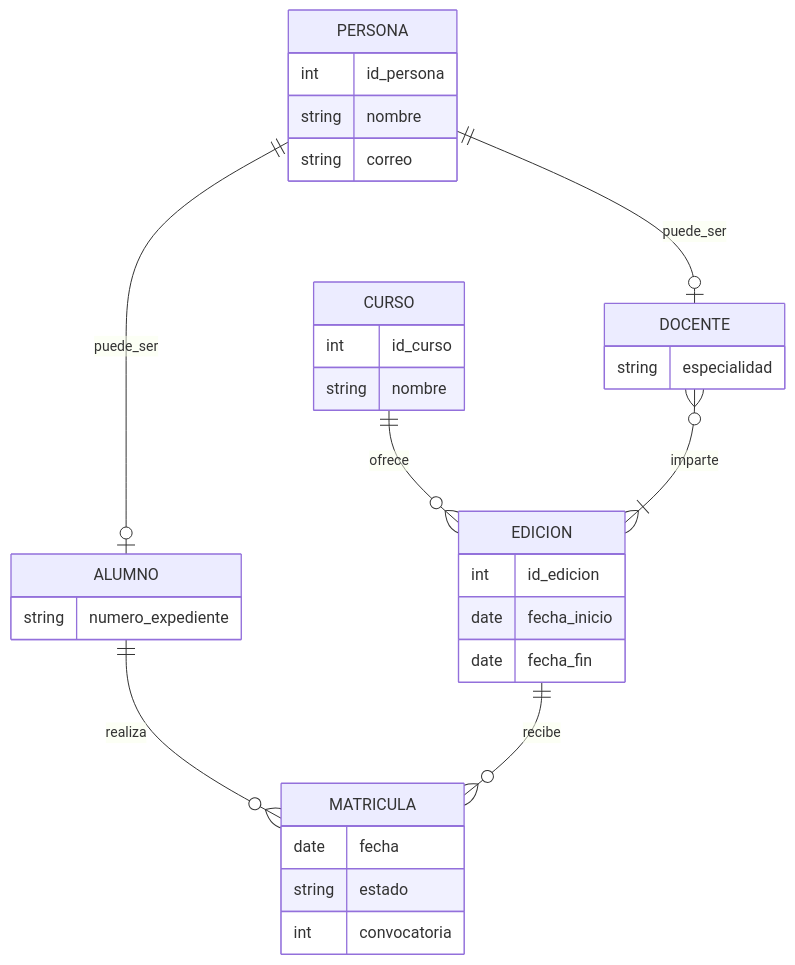
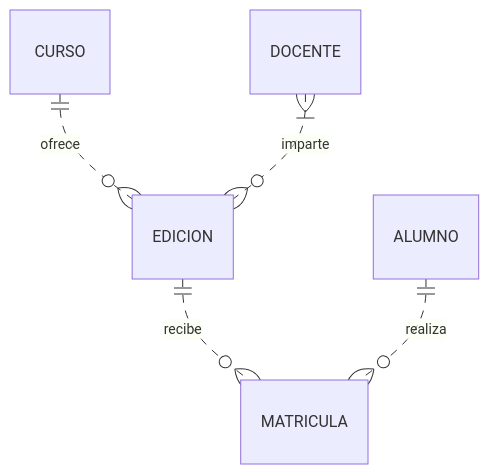
Before and after one commit to sperrodj/BAE: the fourth of 4 diagrams in Tema 2/apuntes.md, drawn with Mermaid. The commit also changed other lines of this file, not shown here.

````diff
--- a/Tema 2/apuntes.md
+++ b/Tema 2/apuntes.md
@@ -632,35 +701,8 @@
 ```mermaid
 erDiagram
-    CURSO ||--o{ EDICION : ofrece
-    PERSONA ||--o| ALUMNO : puede_ser
-    PERSONA ||--o| DOCENTE : puede_ser
-    ALUMNO ||--o{ MATRICULA : realiza
-    EDICION ||--o{ MATRICULA : recibe
-    DOCENTE }o--|{ EDICION : imparte
-
-    CURSO {
-        int id_curso
-        string nombre
-    }
-    EDICION {
-        int id_edicion
-        date fecha_inicio
-        date fecha_fin
-    }
-    PERSONA {
-        int id_persona
-        string nombre
-        string correo
-    }
-    ALUMNO {
-        string numero_expediente
-    }
-    DOCENTE {
-        string especialidad
-    }
-    MATRICULA {
-        date fecha
-        string estado
-        int convocatoria
-    }
+    direction TB
+    CURSO ||..o{ EDICION : ofrece
+    EDICION ||..o{ MATRICULA : recibe
+    ALUMNO ||..o{ MATRICULA : realiza
+    DOCENTE }|..o{ EDICION : imparte
 ```
````
